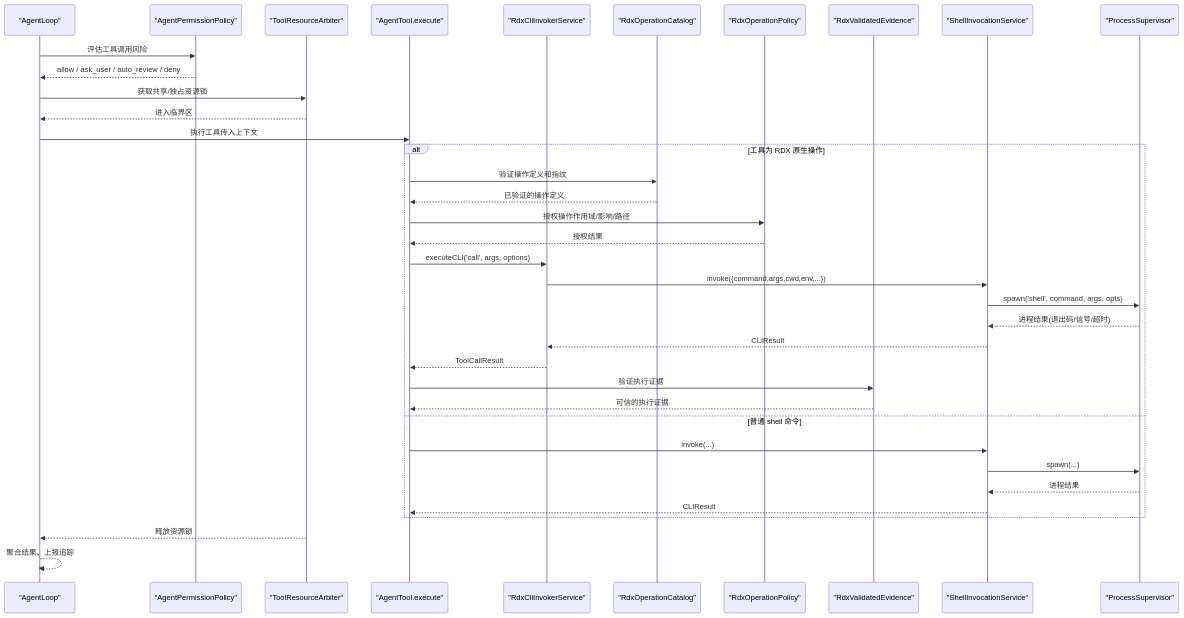
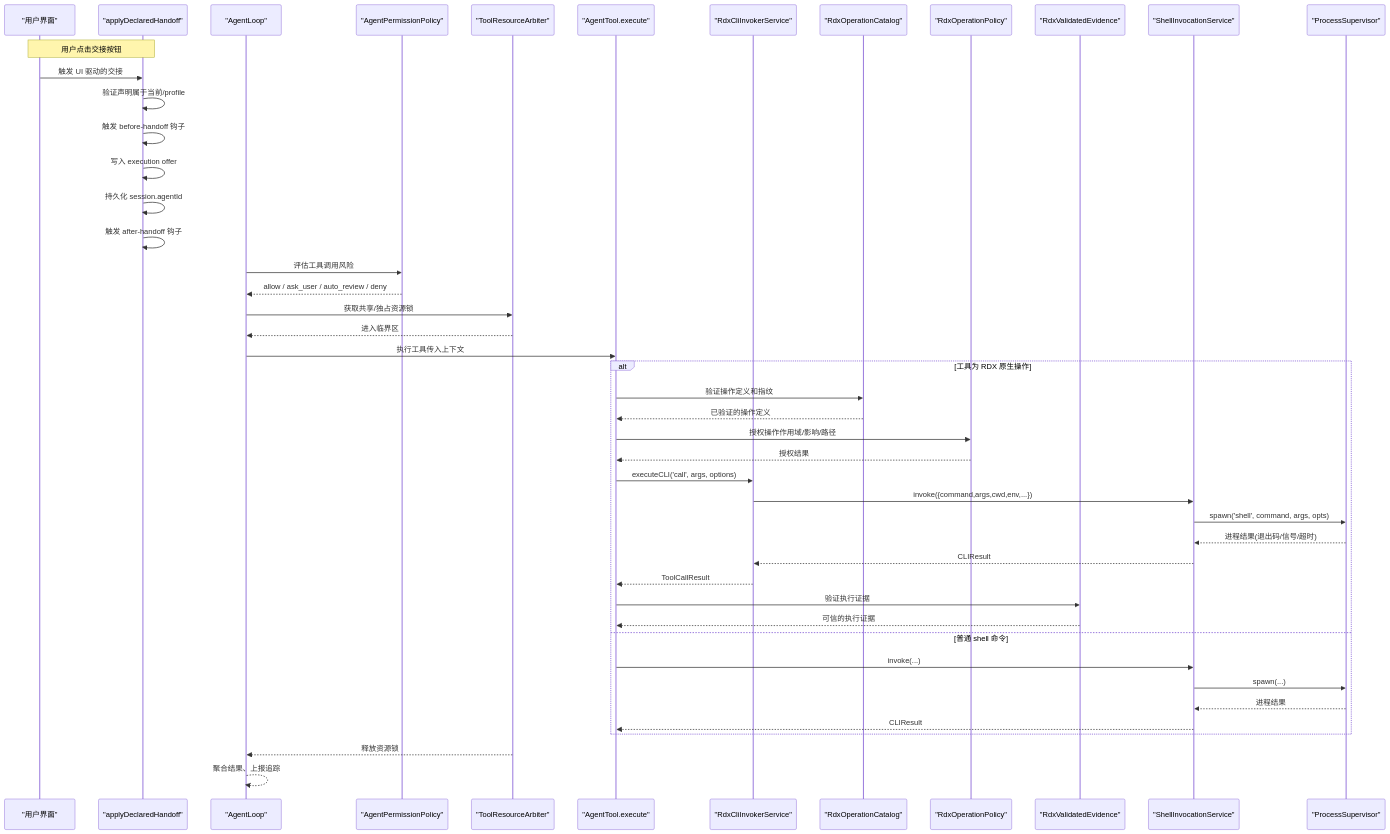
The second of 16 diagrams in .qoder/repowiki/zh/content/核心模块/工具系统/工具系统.md (haolange/RDC-Agent), drawn with Mermaid before and after one commit. The commit also changed other lines of this file and 90 other files, not shown here.

````diff
--- a/.qoder/repowiki/zh/content/核心模块/工具系统/工具系统.md
+++ b/.qoder/repowiki/zh/content/核心模块/工具系统/工具系统.md
@@ -154,39 +169,48 @@
 ```mermaid
 sequenceDiagram
+participant UI as "用户界面"
+participant Handoff as "applyDeclaredHandoff"
 participant Agent as "AgentLoop"
 participant Perm as "AgentPermissionPolicy"
 participant Res as "ToolResourceArbiter"
 participant Tool as "AgentTool.execute"
 participant Cli as "RdxCliInvokerService"
 participant Cat as "RdxOperationCatalog"
 participant Pol as "RdxOperationPolicy"
 participant Ev as "RdxValidatedEvidence"
 participant Shell as "ShellInvocationService"
 participant Proc as "ProcessSupervisor"
+Note over UI,Handoff : 用户点击交接按钮
+UI->>Handoff : 触发 UI 驱动的交接
+Handoff->>Handoff : 验证声明属于当前/profile
+Handoff->>Handoff : 触发 before-handoff 钩子
+Handoff->>Handoff : 写入 execution offer
+Handoff->>Handoff : 持久化 session.agentId
+Handoff->>Handoff : 触发 after-handoff 钩子
 Agent->>Perm : 评估工具调用风险
 Perm-->>Agent : allow / ask_user / auto_review / deny
 Agent->>Res : 获取共享/独占资源锁
 Res-->>Agent : 进入临界区
 Agent->>Tool : 执行工具传入上下文
 alt 工具为 RDX 原生操作
 Tool->>Cat : 验证操作定义和指纹
 Cat-->>Tool : 已验证的操作定义
 Tool->>Pol : 授权操作作用域/影响/路径
 Pol-->>Tool : 授权结果
 Tool->>Cli : executeCLI('call', args, options)
 Cli->>Shell : invoke({command,args,cwd,env,...})
 Shell->>Proc : spawn('shell', command, args, opts)
 Proc-->>Shell : 进程结果(退出码/信号/超时)
 Shell-->>Cli : CLIResult
 Cli-->>Tool : ToolCallResult
 Tool->>Ev : 验证执行证据
 Ev-->>Tool : 可信的执行证据
 else 普通 shell 命令
 Tool->>Shell : invoke(...)
 Shell->>Proc : spawn(...)
 Proc-->>Shell : 进程结果
 Shell-->>Tool : CLIResult
 end
 Res-->>Agent : 释放资源锁
 Agent-->>Agent : 聚合结果、上报追踪
 ```
````
